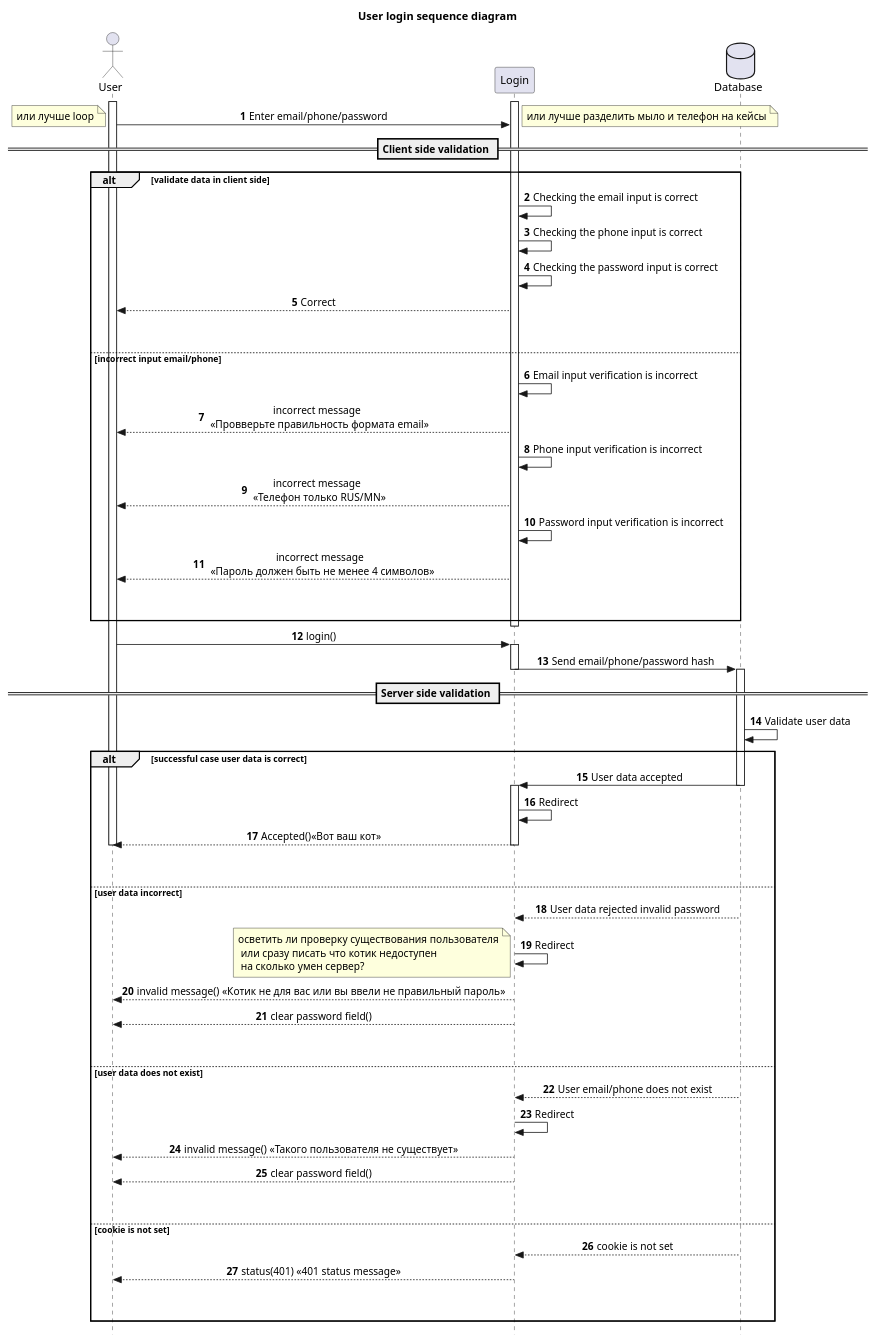
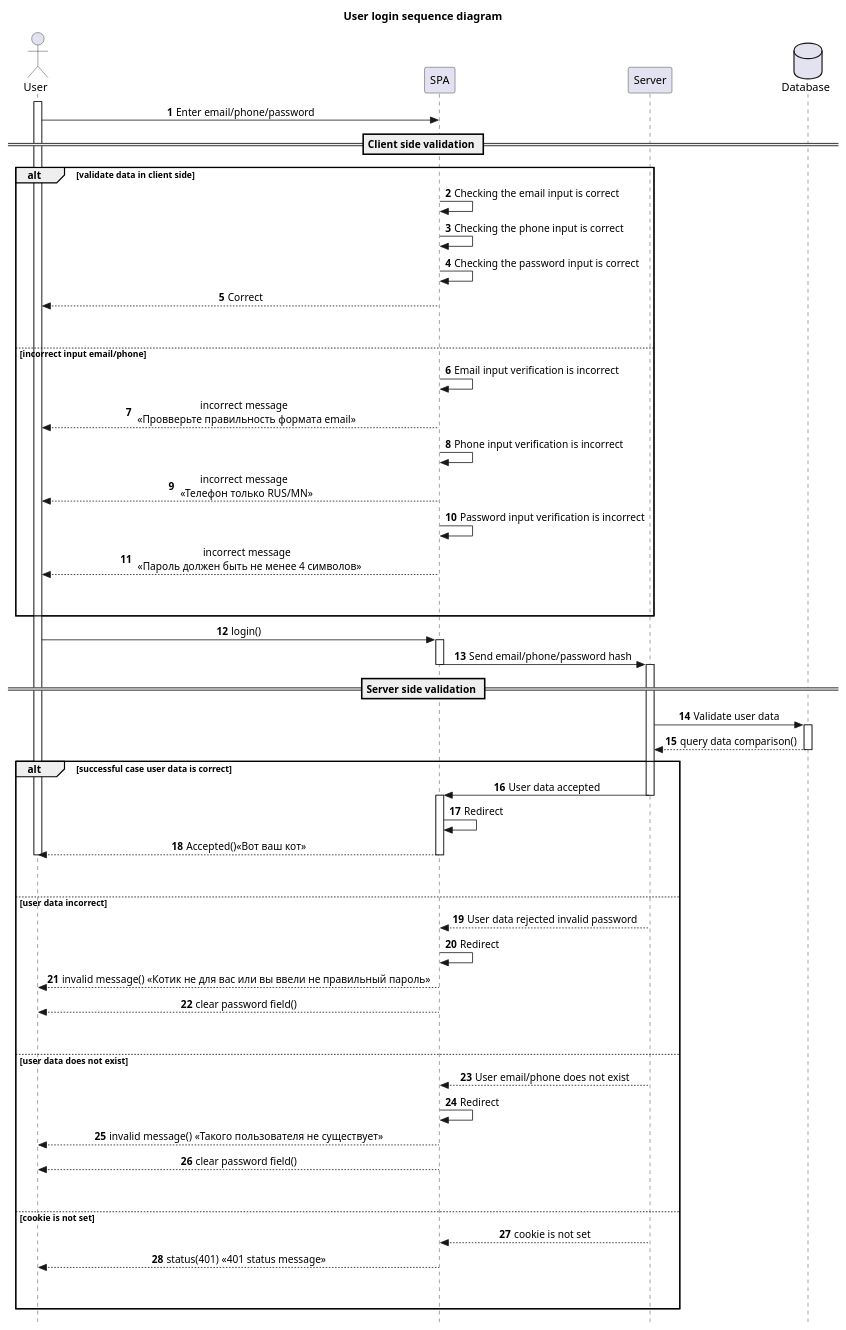
The diagram in Sucsessful_unsucsessful UML.puml (godoxyfair/igumenova_rmr_hw_server), drawn with PlantUML before and after one commit.

Commit message:
(un)successful case in progress (need hints)

```diff
--- a/Sucsessful_unsucsessful UML.puml
+++ b/Sucsessful_unsucsessful UML.puml
@@ -1,75 +1,76 @@
 @startuml
 'https://plantuml.com/sequence-diagram
 
 autonumber
 title User login sequence diagram
 actor User
-participant Login
+participant SPA
+participant Server
 database  Database
 activate User
-activate Login
+
 
 skinparam sequenceMessageAlign center
 skinparam style strictuml
 
 
-User -> Login : Enter email/phone/password
+User -> SPA : Enter email/phone/password
 == Client side validation ==
-note right: или лучше разделить мыло и телефон на кейсы
-note left: или лучше loop
+
 alt validate data in client side
-    Login -> Login: Checking the email input is correct
-    Login -> Login: Checking the phone input is correct
-    Login -> Login: Checking the password input is correct
-    Login --> User: Correct
+    SPA -> SPA: Checking the email input is correct
+    SPA -> SPA: Checking the phone input is correct
+    SPA -> SPA: Checking the password input is correct
+    SPA --> User: Correct
 ||45||
 else incorrect input email/phone
-    Login -> Login: Email input verification is incorrect
-    Login --> User: incorrect message \n <<Провверьте правильность формата email>>
-    Login -> Login: Phone input verification is incorrect
-    Login --> User: incorrect message \n <<Телефон только RUS/MN>>
-    Login -> Login: Password input verification is incorrect
-    Login --> User: incorrect message \n <<Пароль должен быть не менее 4 символов>>
+    SPA -> SPA: Email input verification is incorrect
+    SPA --> User: incorrect message \n <<Провверьте правильность формата email>>
+    SPA -> SPA: Phone input verification is incorrect
+    SPA --> User: incorrect message \n <<Телефон только RUS/MN>>
+    SPA -> SPA: Password input verification is incorrect
+    SPA --> User: incorrect message \n <<Пароль должен быть не менее 4 символов>>
 ||45||
 end
 
-deactivate Login
-User -> Login : login()
+deactivate SPA
+User -> SPA : login()
 
-activate Login
-Login -> Database: Send email/phone/password hash
+activate SPA
+SPA -> Server: Send email/phone/password hash
 == Server side validation ==
-deactivate Login
+deactivate SPA
 
+activate Server
+Server -> Database: Validate user data
 activate Database
-Database -> Database: Validate user data
-
+Database --> Server: query data comparison()
+deactivate Database
 alt successful case user data is correct
-    Database -> Login : User data accepted
-    deactivate Database
-    activate Login
-    Login -> Login : Redirect
-    Login --> User: Accepted()<<Вот ваш кот>>
-    deactivate Login
+    Server -> SPA : User data accepted
+    deactivate Server
+    activate SPA
+    SPA -> SPA : Redirect
+    SPA --> User: Accepted()<<Вот ваш кот>>
+    deactivate SPA
     deactivate User
 ||45||
 else user data incorrect
-    Database --> Login: User data rejected invalid password
-    Login -> Login: Redirect
-    note left: осветить ли проверку существования пользователя\n или сразу писать что котик недоступен\n на сколько умен сервер?
-    Login --> User: invalid message() <<Котик не для вас или вы ввели не правильный пароль>>
-    Login --> User: clear password field()
+    Server --> SPA: User data rejected invalid password
+    SPA -> SPA: Redirect
+    SPA --> User: invalid message() <<Котик не для вас или вы ввели не правильный пароль>>
+    SPA --> User: clear password field()
 ||45||
 else user data does not exist
-    Database --> Login: User email/phone does not exist
-    Login -> Login: Redirect
-    Login --> User: invalid message() <<Такого пользователя не существует>>
-    Login --> User: clear password field()
+    Server --> SPA: User email/phone does not exist
+    SPA -> SPA: Redirect
+    SPA --> User: invalid message() <<Такого пользователя не существует>>
+    SPA --> User: clear password field()
 ||45||
 else cookie is not set
-    Database --> Login: cookie is not set
-    Login --> User: status(401) <<401 status message>>
+    Server --> SPA: cookie is not set
+    SPA --> User: status(401) <<401 status message>>
 ||45||
 end
 
 @enduml
```
